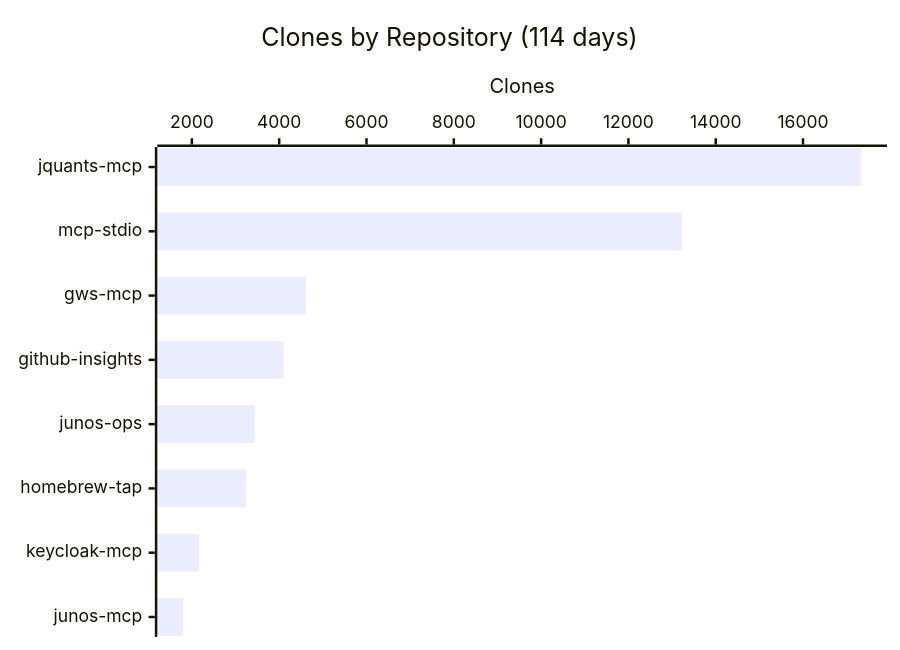
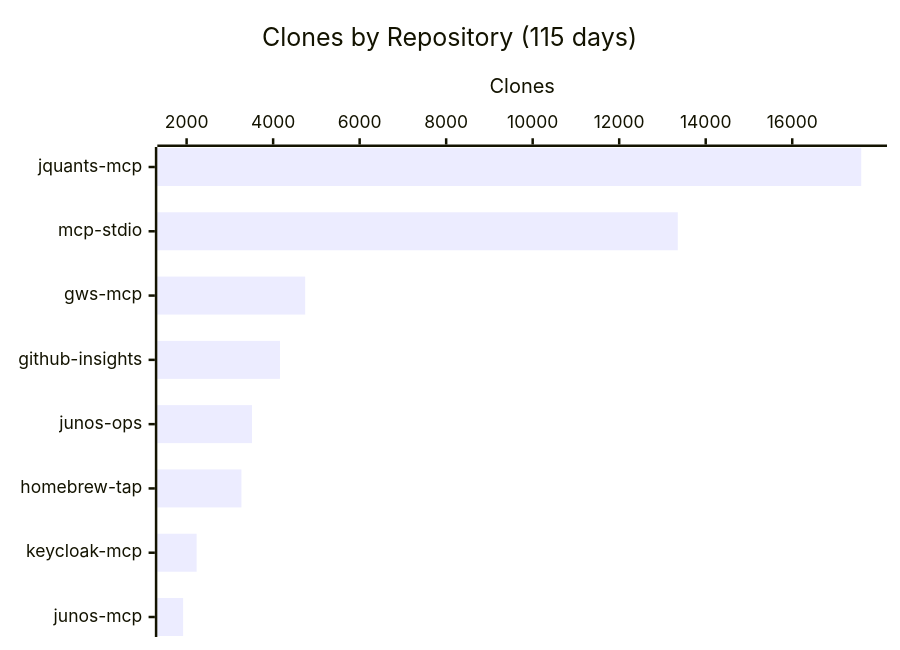
The fourth of 4 diagrams in README.md (shigechika/github-insights), drawn with Mermaid before and after one commit. The commit also changed other lines of this file and 2 other files, not shown here.

````diff
--- a/README.md
+++ b/README.md
@@ -58,7 +58,7 @@
 ```mermaid
 xychart-beta horizontal
-    title "Clones by Repository (114 days)"
+    title "Clones by Repository (115 days)"
     x-axis ["jquants-mcp", "mcp-stdio", "gws-mcp", "github-insights", "junos-ops", "homebrew-tap", "keycloak-mcp", "junos-mcp"]
     y-axis "Clones"
-    bar [17333, 13221, 4616, 4101, 3443, 3236, 2169, 1799]
+    bar [17595, 13354, 4741, 4158, 3512, 3267, 2232, 1919]
 ```
````
